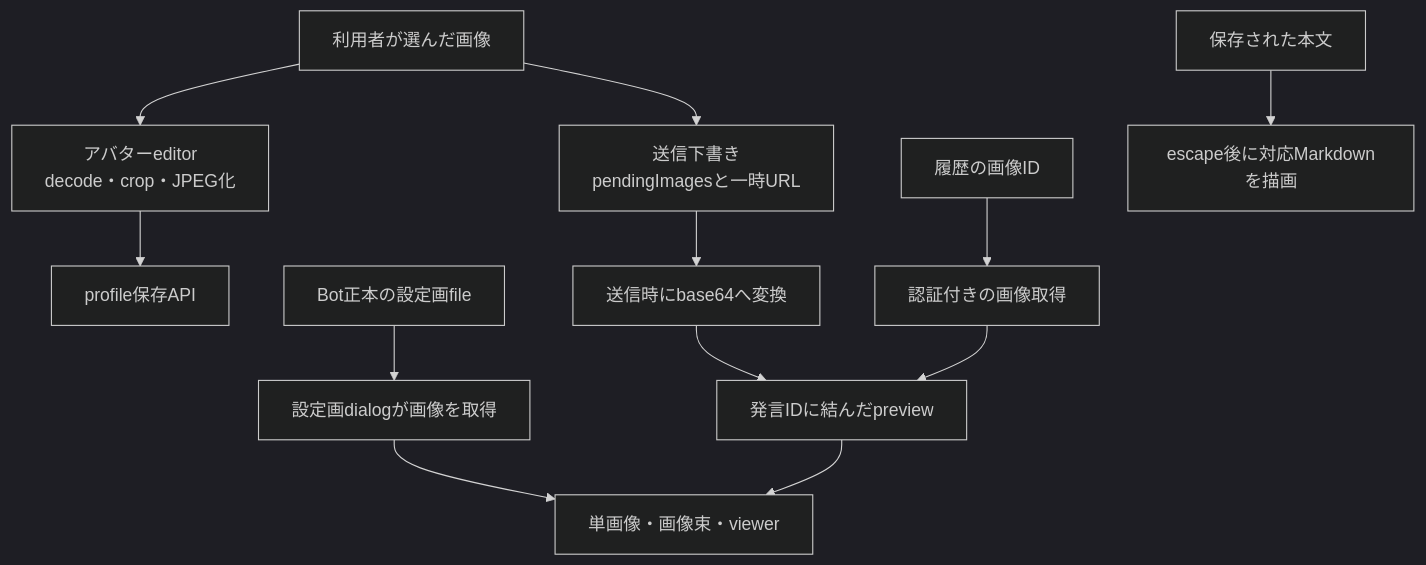
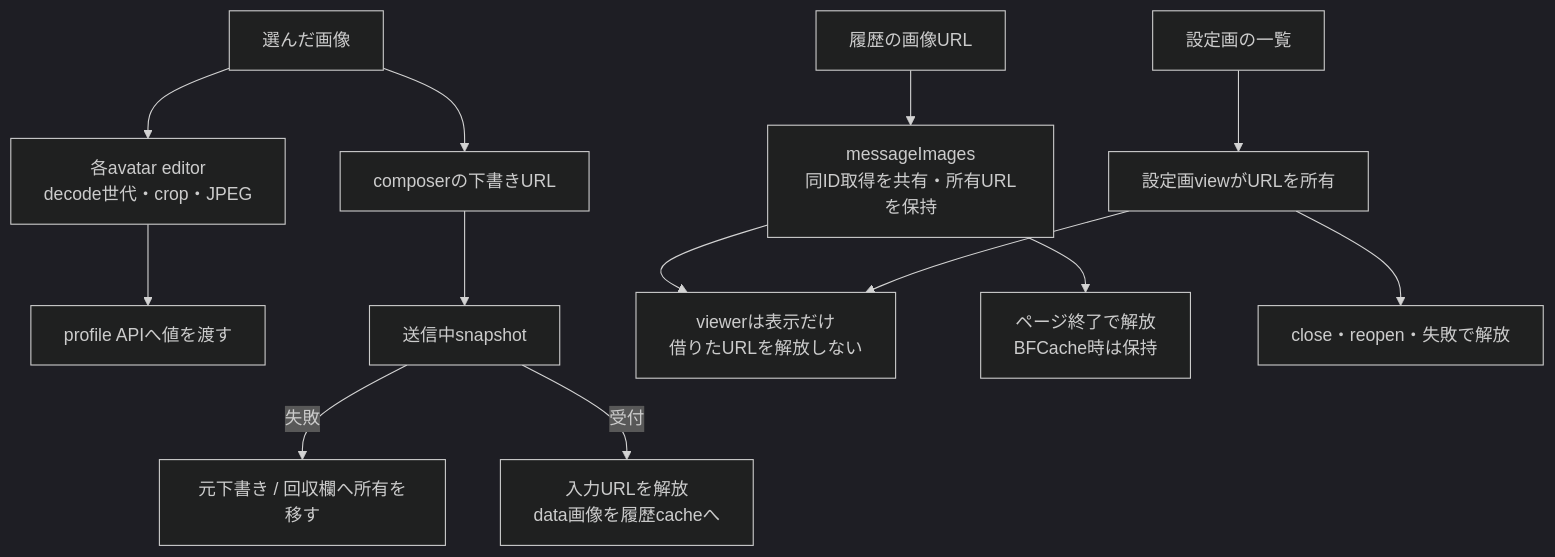
Before and after one commit to kitepon/BellTeam: the third of 4 diagrams in docs/architecture/web-management-details.md, drawn with Mermaid (dark theme). The commit also changed other lines of this file and 18 other files, not shown here.

````diff
--- a/docs/architecture/web-management-details.md
+++ b/docs/architecture/web-management-details.md
@@ -38,14 +60,15 @@
 ```mermaid
 flowchart TD
-  File["利用者が選んだ画像"] --> Avatar["アバターeditor<br/>decode・crop・JPEG化"]
-  Avatar --> Profile["profile保存API"]
-  File --> Draft["送信下書き<br/>pendingImagesと一時URL"]
-  Draft --> Send["送信時にbase64へ変換"]
-  Send --> History["発言IDに結んだpreview"]
-  Stored["履歴の画像ID"] --> Fetch["認証付きの画像取得"]
-  Sheet["Bot正本の設定画file"] --> SheetFetch["設定画dialogが画像を取得"]
-  SheetFetch --> View
-  Fetch --> History
-  History --> View["単画像・画像束・viewer"]
-  Text["保存された本文"] --> Rich["escape後に対応Markdownを描画"]
+  File["選んだ画像"] --> Avatar["各avatar editor<br/>decode世代・crop・JPEG"]
+  Avatar --> Profile["profile APIへ値を渡す"]
+  File --> Draft["composerの下書きURL"]
+  Draft --> Flight["送信中snapshot"]
+  Flight -->|"失敗"| Recover["元下書き / 回収欄へ所有を移す"]
+  Flight -->|"受付"| Release["入力URLを解放<br/>data画像を履歴cacheへ"]
+  Stored["履歴の画像URL"] --> Cache["messageImages<br/>同ID取得を共有・所有URLを保持"]
+  Sheets["設定画の一覧"] --> SheetView["設定画viewがURLを所有"]
+  Cache --> Viewer["viewerは表示だけ<br/>借りたURLを解放しない"]
+  SheetView --> Viewer
+  Cache --> Exit["ページ終了で解放<br/>BFCache時は保持"]
+  SheetView --> End["close・reopen・失敗で解放"]
 ```
````
